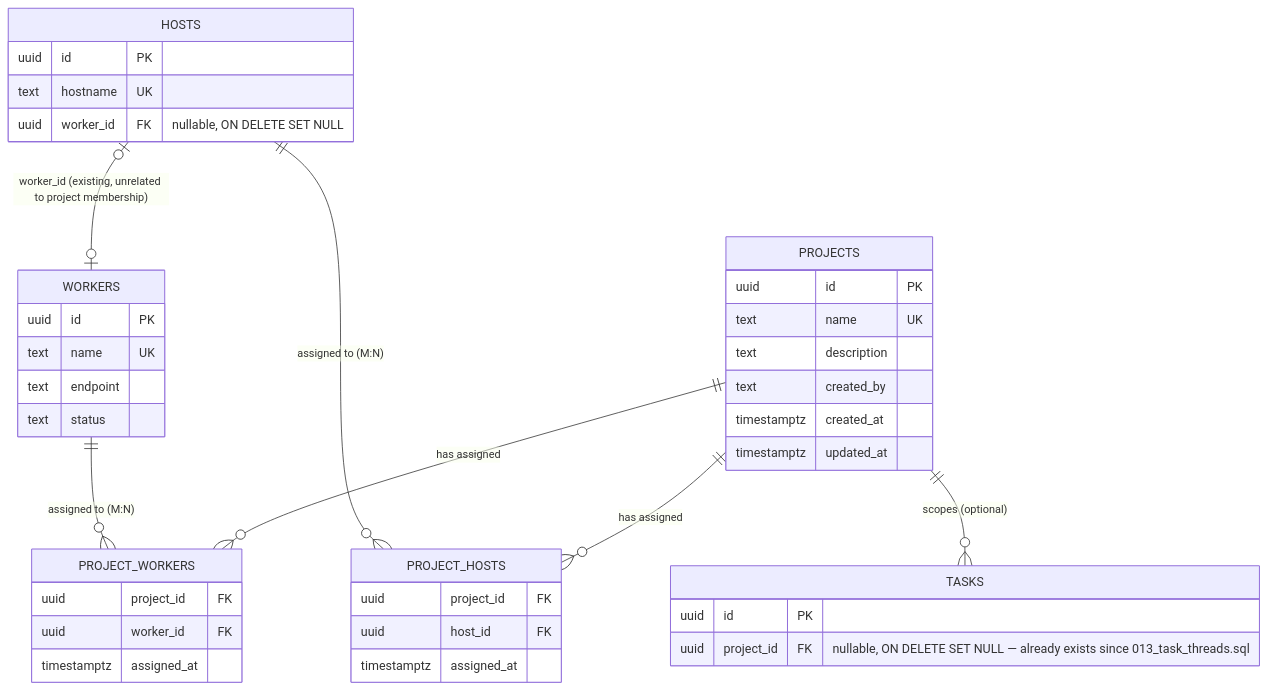
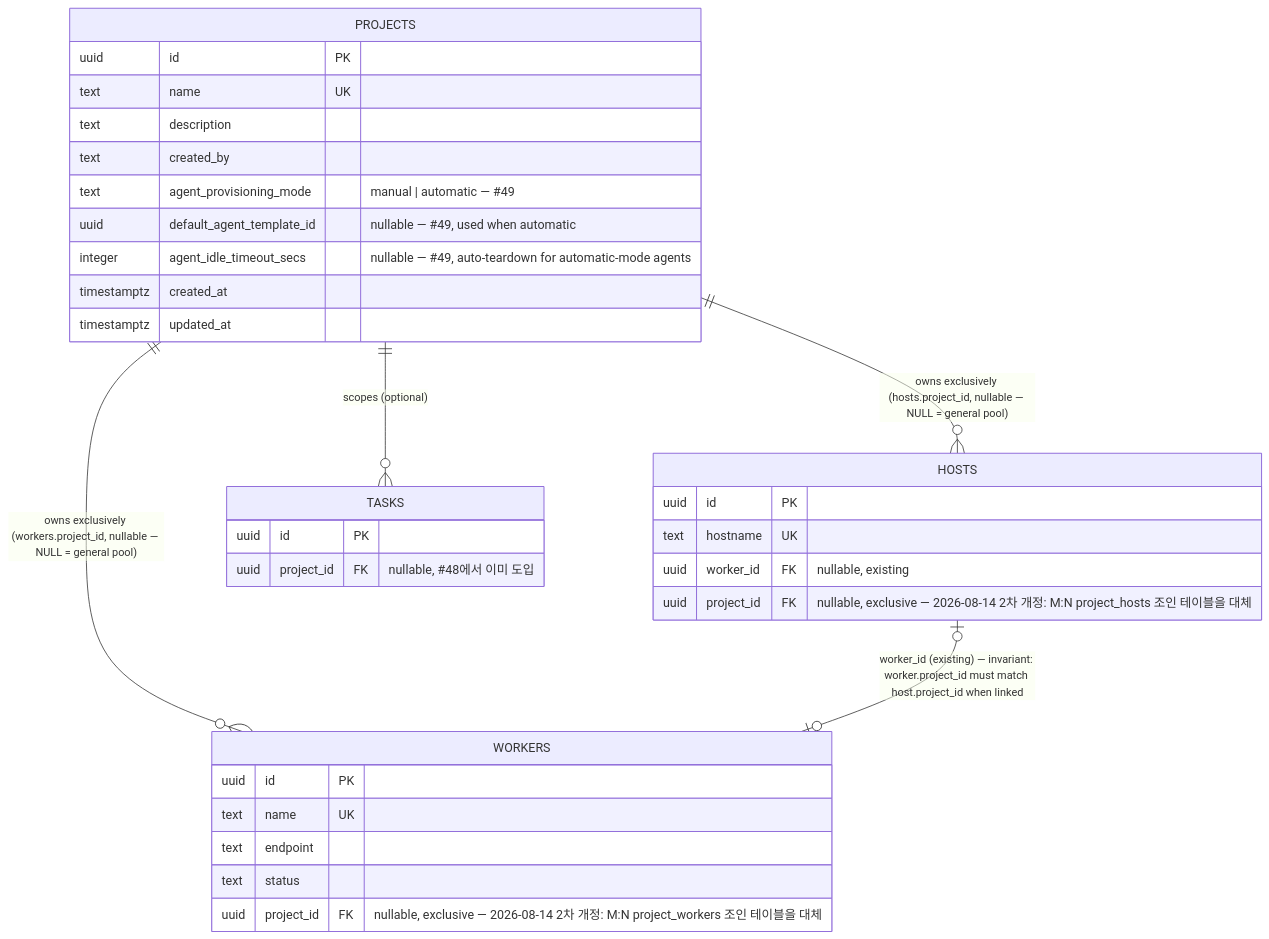
Before and after one commit to yarang/grok-fleet-orchestrator: the diagram in docs/assets/diagrams/architecture/project-data-model.mermaid, drawn with Mermaid. The commit also changed 6 other files, not shown here.

```diff
--- a/docs/assets/diagrams/architecture/project-data-model.mermaid
+++ b/docs/assets/diagrams/architecture/project-data-model.mermaid
@@ -1,46 +1,37 @@
 erDiagram
-    PROJECTS ||--o{ PROJECT_WORKERS : "has assigned"
-    PROJECTS ||--o{ PROJECT_HOSTS : "has assigned"
+    PROJECTS ||--o{ WORKERS : "owns exclusively (workers.project_id, nullable — NULL = general pool)"
+    PROJECTS ||--o{ HOSTS : "owns exclusively (hosts.project_id, nullable — NULL = general pool)"
     PROJECTS ||--o{ TASKS : "scopes (optional)"
-    WORKERS ||--o{ PROJECT_WORKERS : "assigned to (M:N)"
-    HOSTS ||--o{ PROJECT_HOSTS : "assigned to (M:N)"
-    HOSTS |o--o| WORKERS : "worker_id (existing, unrelated to project membership)"
+    HOSTS |o--o| WORKERS : "worker_id (existing) — invariant: worker.project_id must match host.project_id when linked"
 
     PROJECTS {
         uuid id PK
         text name UK
         text description
         text created_by
+        text agent_provisioning_mode "manual | automatic — #49"
+        uuid default_agent_template_id "nullable — #49, used when automatic"
+        integer agent_idle_timeout_secs "nullable — #49, auto-teardown for automatic-mode agents"
         timestamptz created_at
         timestamptz updated_at
-    }
-
-    PROJECT_WORKERS {
-        uuid project_id FK
-        uuid worker_id FK
-        timestamptz assigned_at
-    }
-
-    PROJECT_HOSTS {
-        uuid project_id FK
-        uuid host_id FK
-        timestamptz assigned_at
     }
 
     WORKERS {
         uuid id PK
         text name UK
         text endpoint
         text status
+        uuid project_id FK "nullable, exclusive — 2026-08-14 2차 개정: M:N project_workers 조인 테이블을 대체"
     }
 
     HOSTS {
         uuid id PK
         text hostname UK
-        uuid worker_id FK "nullable, ON DELETE SET NULL"
+        uuid worker_id FK "nullable, existing"
+        uuid project_id FK "nullable, exclusive — 2026-08-14 2차 개정: M:N project_hosts 조인 테이블을 대체"
     }
 
     TASKS {
         uuid id PK
-        uuid project_id FK "nullable, ON DELETE SET NULL — already exists since 013_task_threads.sql"
+        uuid project_id FK "nullable, #48에서 이미 도입"
     }
```
